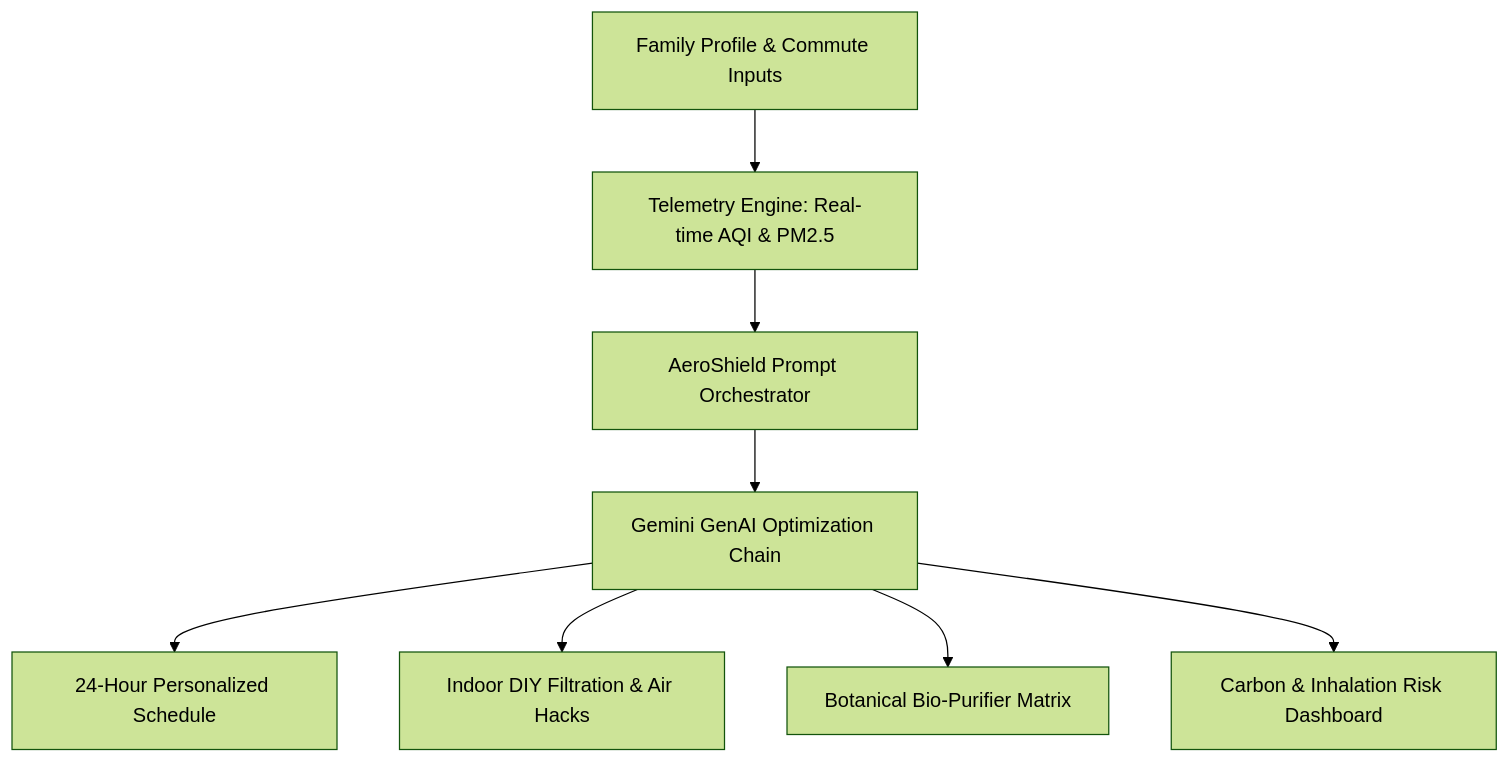
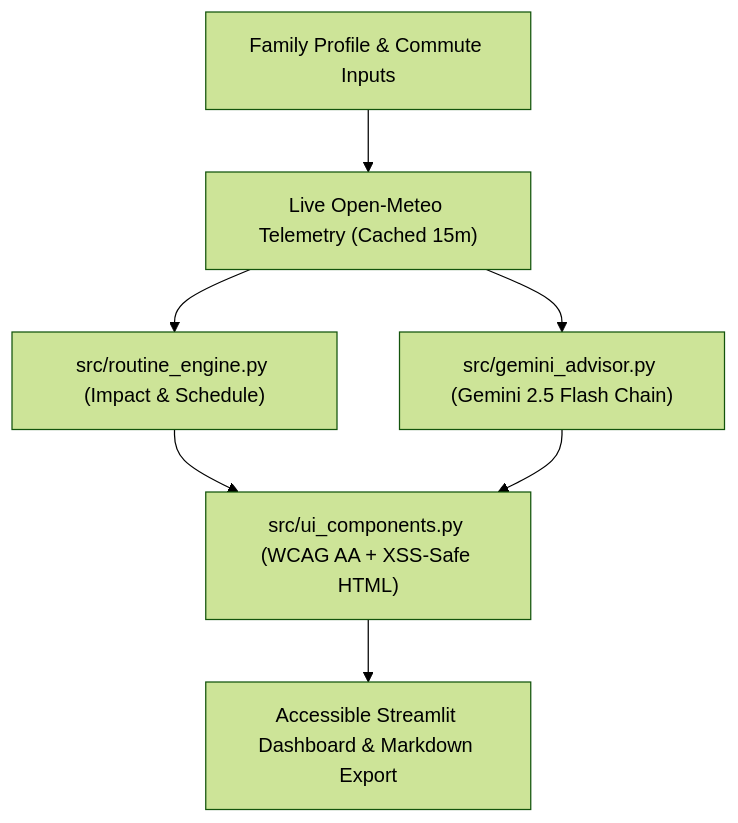
One commit to asarakhatun17-lgtm/aeroshield-ai changed the diagram in README.md. Above: the diagram before and after it, drawn with Mermaid (forest theme). The commit also changed other lines of this file and 11 other files, not shown here.

````diff
--- a/README.md
+++ b/README.md
@@ -46,10 +20,9 @@
 ```mermaid
 flowchart TD
-    A[Family Profile & Commute Inputs] --> B[Telemetry Engine: Real-time AQI & PM2.5]
-    B --> C[AeroShield Prompt Orchestrator]
-    C --> D[Gemini GenAI Optimization Chain]
-    D --> E1[24-Hour Personalized Schedule]
-    D --> E2[Indoor DIY Filtration & Air Hacks]
-    D --> E3[Botanical Bio-Purifier Matrix]
-    D --> E4[Carbon & Inhalation Risk Dashboard]
+    A["Family Profile & Commute Inputs"] --> B["Live Open-Meteo Telemetry (Cached 15m)"]
+    B --> C["src/routine_engine.py (Impact & Schedule)"]
+    B --> D["src/gemini_advisor.py (Gemini 2.5 Flash Chain)"]
+    C --> E["src/ui_components.py (WCAG AA + XSS-Safe HTML)"]
+    D --> E
+    E --> F["Accessible Streamlit Dashboard & Markdown Export"]
 ```
````
